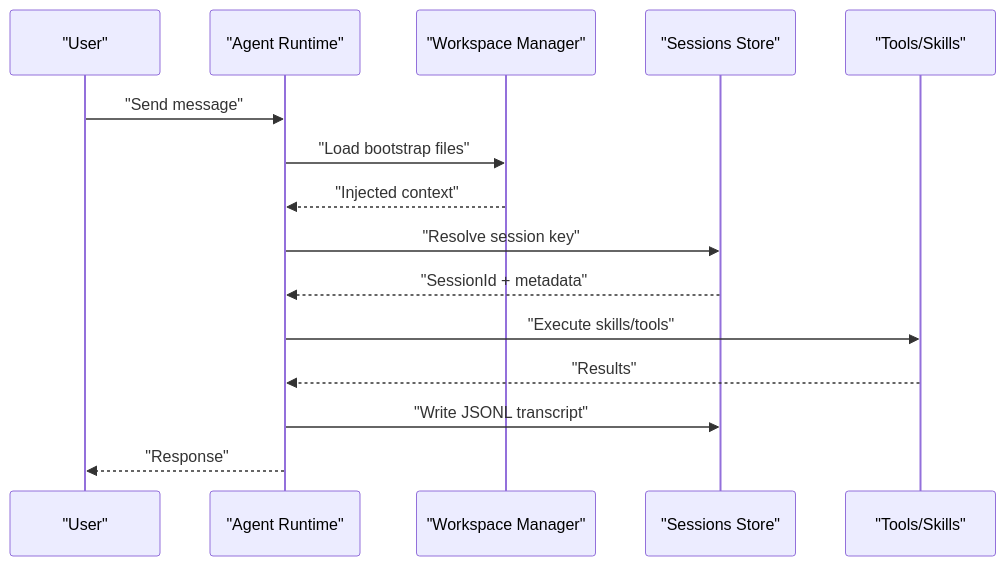
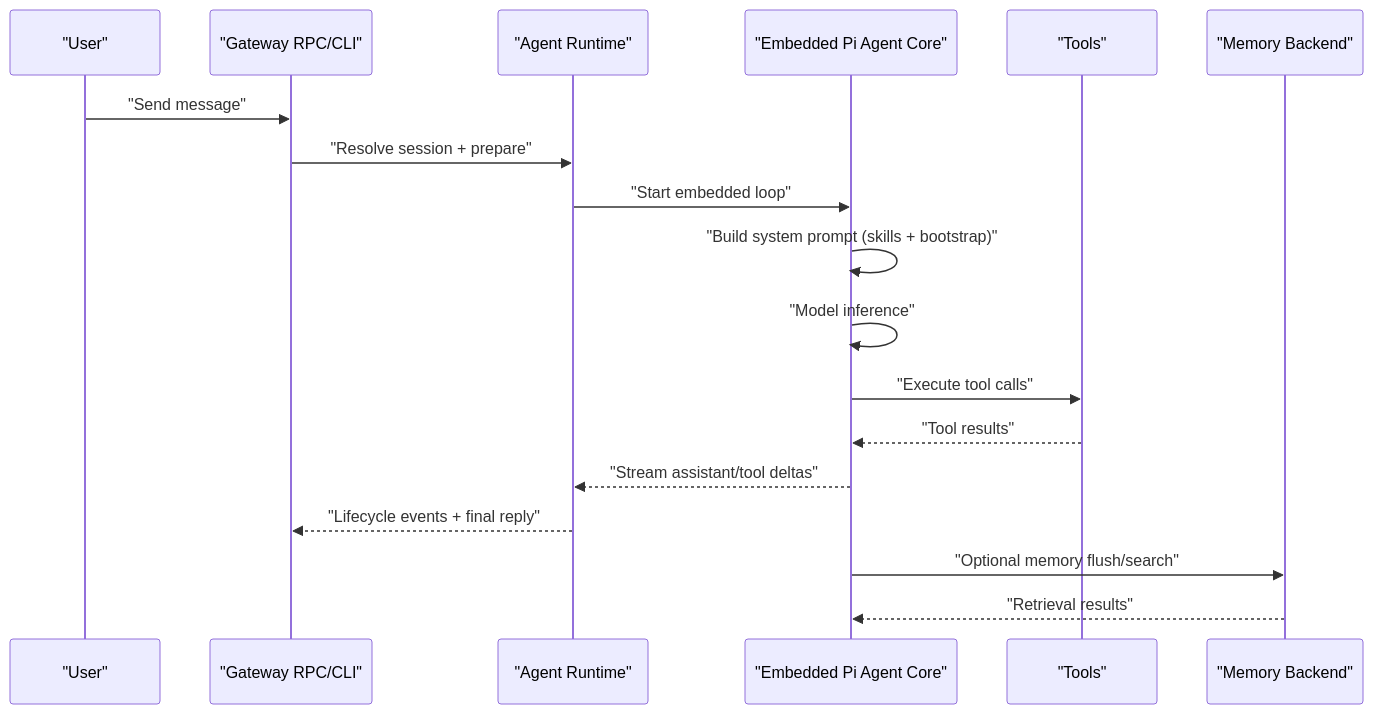
One commit to botx-work/OpenClaw-Internals changed the second of 12 diagrams in repowiki/en/content/Agent System/Agent System.md. Above: the diagram before and after it, drawn with Mermaid. The commit also changed other lines of this file and 332 other files, not shown here.

````diff
--- a/repowiki/en/content/Agent System/Agent System.md
+++ b/repowiki/en/content/Agent System/Agent System.md
@@ -172,17 +114,20 @@
 ```mermaid
 sequenceDiagram
 participant User as "User"
-participant Runtime as "Agent Runtime"
-participant WS as "Workspace Manager"
-participant Store as "Sessions Store"
-participant Tools as "Tools/Skills"
-User->>Runtime : "Send message"
-Runtime->>WS : "Load bootstrap files"
-WS-->>Runtime : "Injected context"
-Runtime->>Store : "Resolve session key"
-Store-->>Runtime : "SessionId + metadata"
-Runtime->>Tools : "Execute skills/tools"
-Tools-->>Runtime : "Results"
-Runtime->>Store : "Write JSONL transcript"
-Runtime-->>User : "Response"
+participant Gateway as "Gateway RPC/CLI"
+participant Agent as "Agent Runtime"
+participant PI as "Embedded Pi Agent Core"
+participant Tools as "Tools"
+participant Memory as "Memory Backend"
+User->>Gateway : "Send message"
+Gateway->>Agent : "Resolve session + prepare"
+Agent->>PI : "Start embedded loop"
+PI->>PI : "Build system prompt (skills + bootstrap)"
+PI->>PI : "Model inference"
+PI->>Tools : "Execute tool calls"
+Tools-->>PI : "Tool results"
+PI-->>Agent : "Stream assistant/tool deltas"
+Agent-->>Gateway : "Lifecycle events + final reply"
+PI->>Memory : "Optional memory flush/search"
+Memory-->>PI : "Retrieval results"
 ```
````
